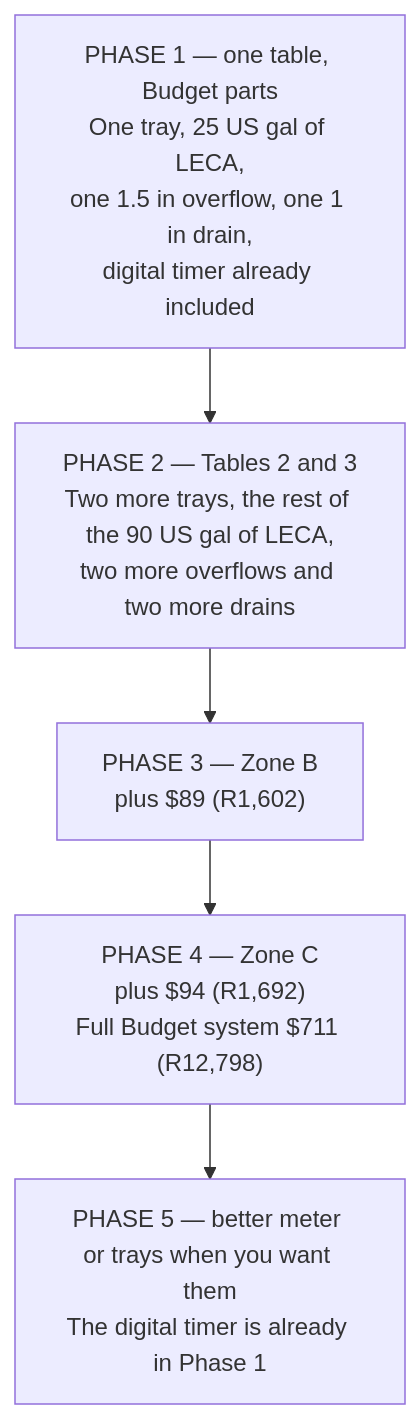
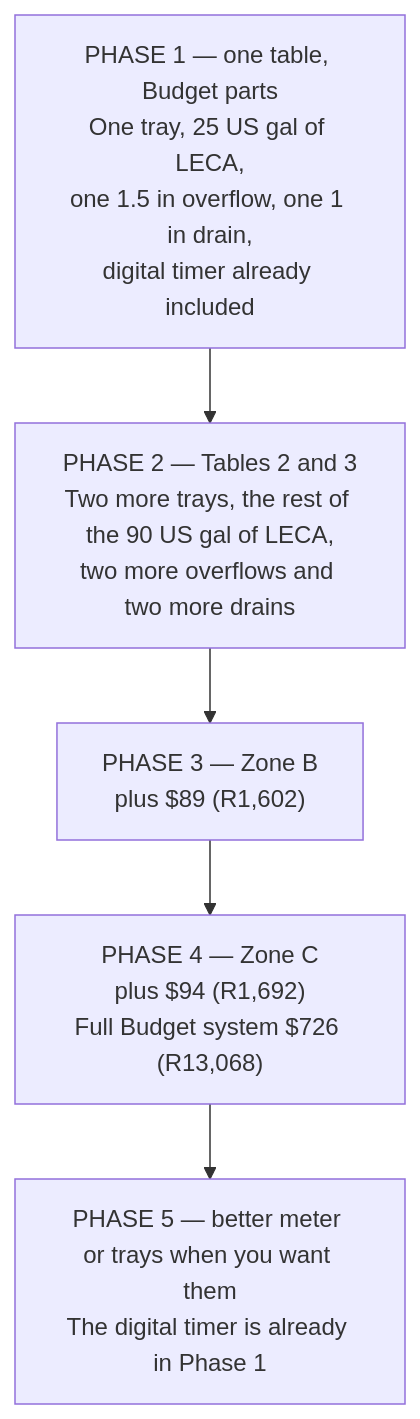
The first of 3 diagrams in guide/ebb-and-flow/12-budget-and-sourcing.md (UncleJS/guide_hydroponics), drawn with Mermaid before and after one commit. The commit also changed other lines of this file and 22 other files, not shown here.

````diff
--- a/guide/ebb-and-flow/12-budget-and-sourcing.md
+++ b/guide/ebb-and-flow/12-budget-and-sourcing.md
@@ -375,10 +376,10 @@
 ```mermaid
 flowchart TD
     P1["PHASE 1 — one table, Budget parts<br/>One tray, 25 US gal of LECA,<br/>one 1.5 in overflow, one 1 in drain,<br/>digital timer already included"]
     P2["PHASE 2 — Tables 2 and 3<br/>Two more trays, the rest of the 90 US gal of LECA,<br/>two more overflows and two more drains"]
     P3["PHASE 3 — Zone B<br/>plus $89 (R1,602)"]
-    P4["PHASE 4 — Zone C<br/>plus $94 (R1,692)<br/>Full Budget system $711 (R12,798)"]
+    P4["PHASE 4 — Zone C<br/>plus $94 (R1,692)<br/>Full Budget system $726 (R13,068)"]
     P5["PHASE 5 — better meter or trays when you want them<br/>The digital timer is already in Phase 1"]
 
     P1 --> P2 --> P3 --> P4 --> P5
 ```
````
